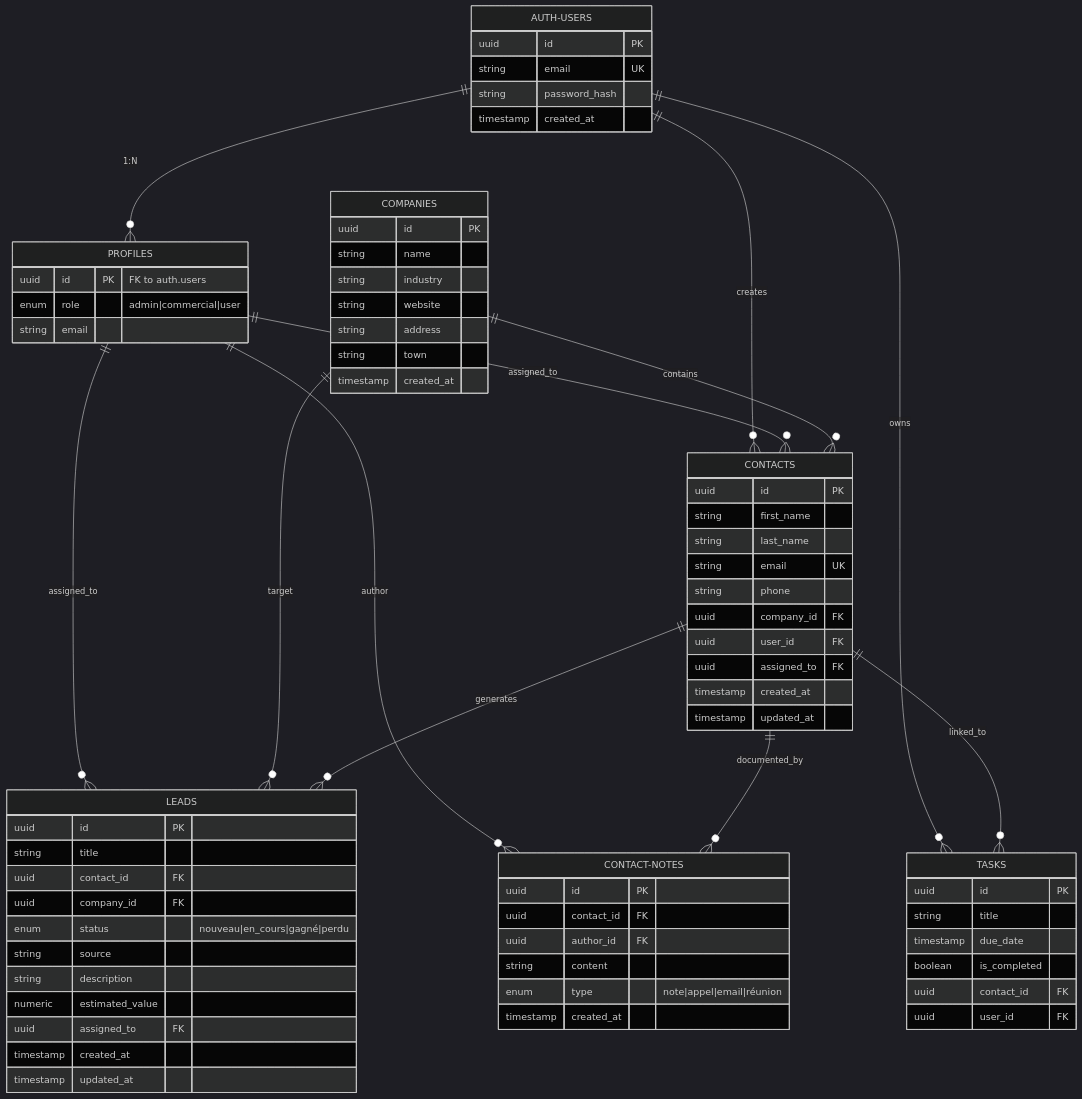
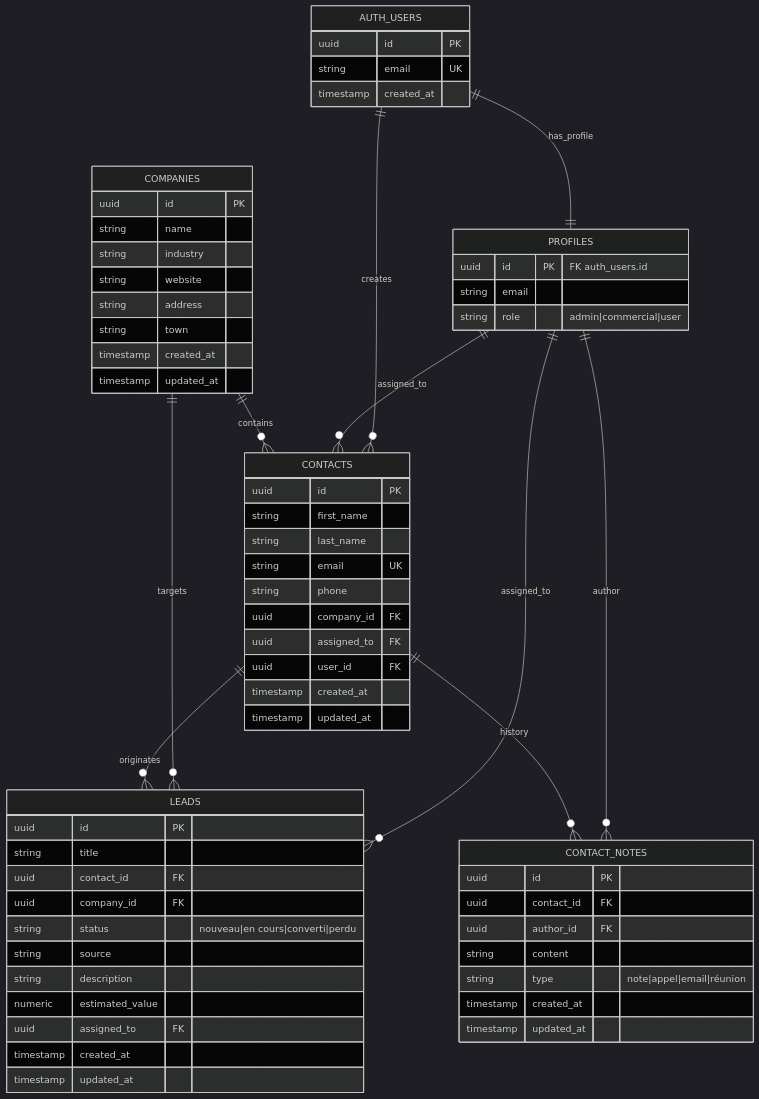
Before and after one commit to lea-mougel/Projet_CRM: the diagram in doc/ER_DIAGRAM.md, drawn with Mermaid (dark theme). The commit also changed other lines of this file and 6 other files, not shown here.

````diff
--- a/doc/ER_DIAGRAM.md
+++ b/doc/ER_DIAGRAM.md
@@ -5,33 +3,30 @@
 ```mermaid
 erDiagram
-    AUTH-USERS ||--o{ PROFILES : "1:N"
-    AUTH-USERS ||--o{ CONTACTS : "creates"
-    AUTH-USERS ||--o{ TASKS : "owns"
-    
+    AUTH_USERS ||--|| PROFILES : "has_profile"
+    AUTH_USERS ||--o{ CONTACTS : "creates"
+
     PROFILES ||--o{ CONTACTS : "assigned_to"
     PROFILES ||--o{ LEADS : "assigned_to"
-    PROFILES ||--o{ CONTACT-NOTES : "author"
-    
+    PROFILES ||--o{ CONTACT_NOTES : "author"
+
     COMPANIES ||--o{ CONTACTS : "contains"
-    COMPANIES ||--o{ LEADS : "target"
-    
-    CONTACTS ||--o{ LEADS : "generates"
-    CONTACTS ||--o{ CONTACT-NOTES : "documented_by"
-    CONTACTS ||--o{ TASKS : "linked_to"
-    
-    AUTH-USERS {
+    COMPANIES ||--o{ LEADS : "targets"
+
+    CONTACTS ||--o{ LEADS : "originates"
+    CONTACTS ||--o{ CONTACT_NOTES : "history"
+
+    AUTH_USERS {
         uuid id PK
         string email UK
-        string password_hash
         timestamp created_at
     }
-    
+
     PROFILES {
-        uuid id PK "FK to auth.users"
-        enum role "admin|commercial|user"
+        uuid id PK "FK auth_users.id"
         string email
+        string role "admin|commercial|user"
     }
-    
+
     COMPANIES {
         uuid id PK
         string name
@@ -40,8 +35,9 @@
         string address
         string town
         timestamp created_at
+        timestamp updated_at
     }
-    
+
     CONTACTS {
         uuid id PK
         string first_name
@@ -49,18 +45,18 @@
         string email UK
         string phone
         uuid company_id FK
+        uuid assigned_to FK
         uuid user_id FK
-        uuid assigned_to FK
         timestamp created_at
         timestamp updated_at
     }
-    
+
     LEADS {
         uuid id PK
         string title
         uuid contact_id FK
         uuid company_id FK
-        enum status "nouveau|en_cours|gagné|perdu"
+        string status "nouveau|en cours|converti|perdu"
         string source
         string description
         numeric estimated_value
@@ -68,22 +64,14 @@
         timestamp created_at
         timestamp updated_at
     }
-    
-    CONTACT-NOTES {
+
+    CONTACT_NOTES {
         uuid id PK
         uuid contact_id FK
         uuid author_id FK
         string content
-        enum type "note|appel|email|réunion"
+        string type "note|appel|email|réunion"
         timestamp created_at
-    }
-    
-    TASKS {
-        uuid id PK
-        string title
-        timestamp due_date
-        boolean is_completed
-        uuid contact_id FK
-        uuid user_id FK
+        timestamp updated_at
     }
 ```
````
